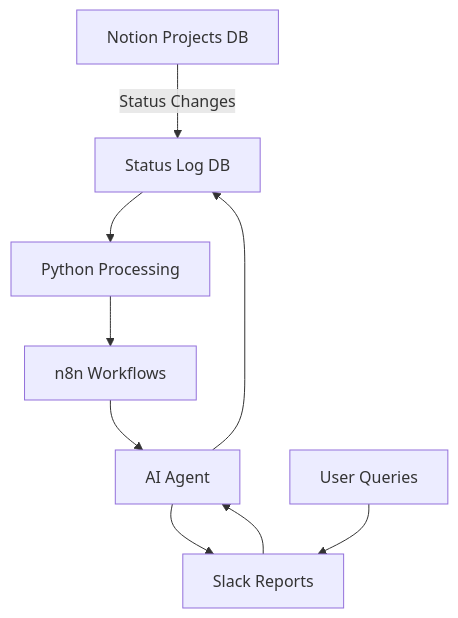
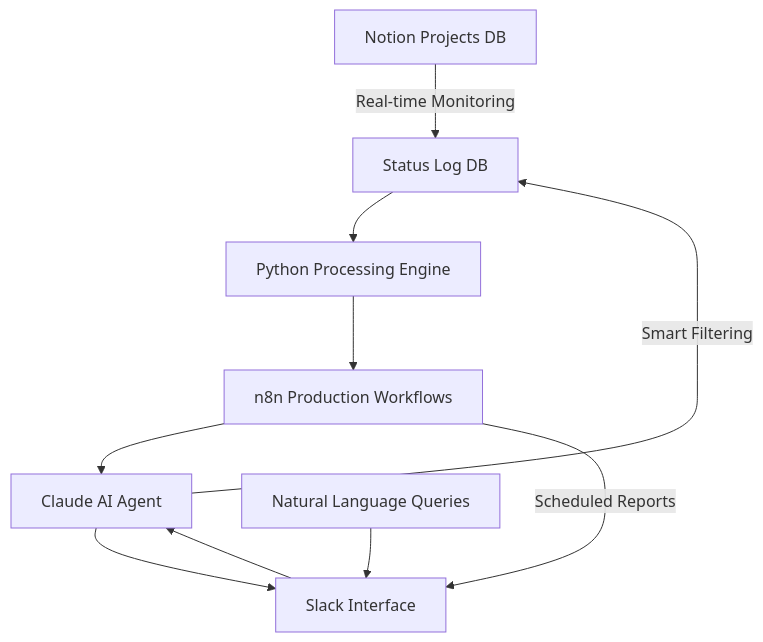
Before and after one commit to xliberty2008x/ai-status-reporter: the diagram in README.md, drawn with Mermaid. The commit also changed other lines of this file, not shown here.

````diff
--- a/README.md
+++ b/README.md
@@ -30,11 +77,12 @@
 ```mermaid
 graph TB
-    A[Notion Projects DB] -->|Status Changes| B[Status Log DB]
-    B --> C[Python Processing]
-    C --> D[n8n Workflows]
-    D --> E[AI Agent]
-    E --> F[Slack Reports]
-    G[User Queries] --> F
+    A[Notion Projects DB] -->|Real-time Monitoring| B[Status Log DB]
+    B --> C[Python Processing Engine]
+    C --> D[n8n Production Workflows]
+    D --> E[Claude AI Agent]
+    E --> F[Slack Interface]
+    G[Natural Language Queries] --> F
     F --> E
-    E --> B
+    E -->|Smart Filtering| B
+    D -->|Scheduled Reports| F
 ```
````
